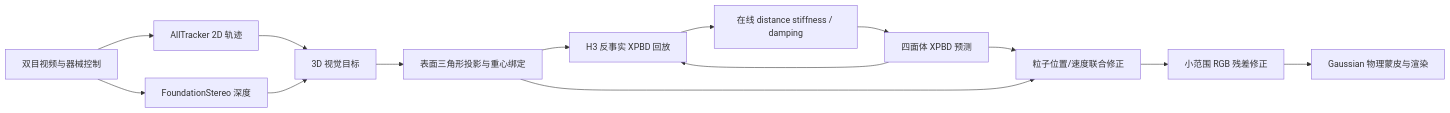
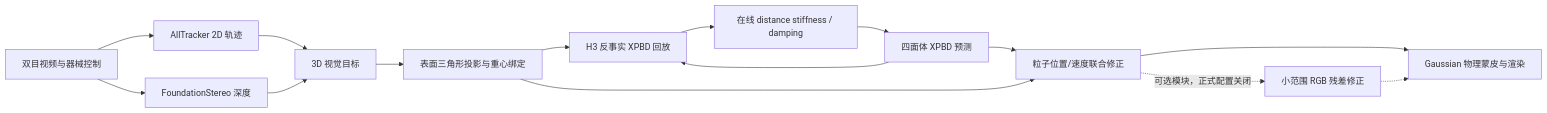
One commit to wad157/Embodied_gaussians_fixed_super_best changed the diagram in README.md. Above: the diagram before and after it, drawn with Mermaid. The commit also changed other lines of this file and 8 other files, not shown here.

````diff
--- a/README.md
+++ b/README.md
@@ -32,16 +35,17 @@
 ```mermaid
 flowchart LR
     A[双目视频与器械控制] --> B[AllTracker 2D 轨迹]
     A --> C[FoundationStereo 深度]
     B --> D[3D 视觉目标]
     C --> D
     D --> E[表面三角形投影与重心绑定]
     F[四面体 XPBD 预测] --> G[粒子位置/速度联合修正]
     E --> G
-    G --> H[小范围 RGB 残差修正]
-    H --> I[Gaussian 物理蒙皮与渲染]
+    G --> I[Gaussian 物理蒙皮与渲染]
+    G -. 可选模块，正式配置关闭 .-> H[小范围 RGB 残差修正]
+    H -.-> I
     F --> J[H3 反事实 XPBD 回放]
     E --> J
     J --> K[在线 distance stiffness / damping]
     K --> F
 ```
````
